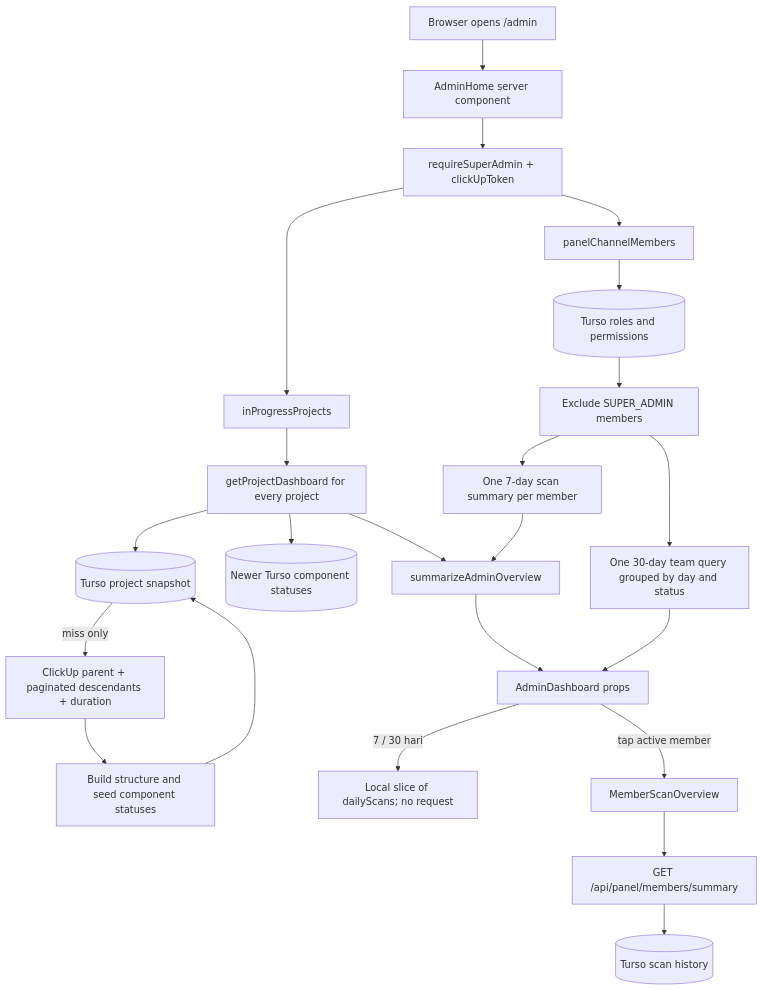
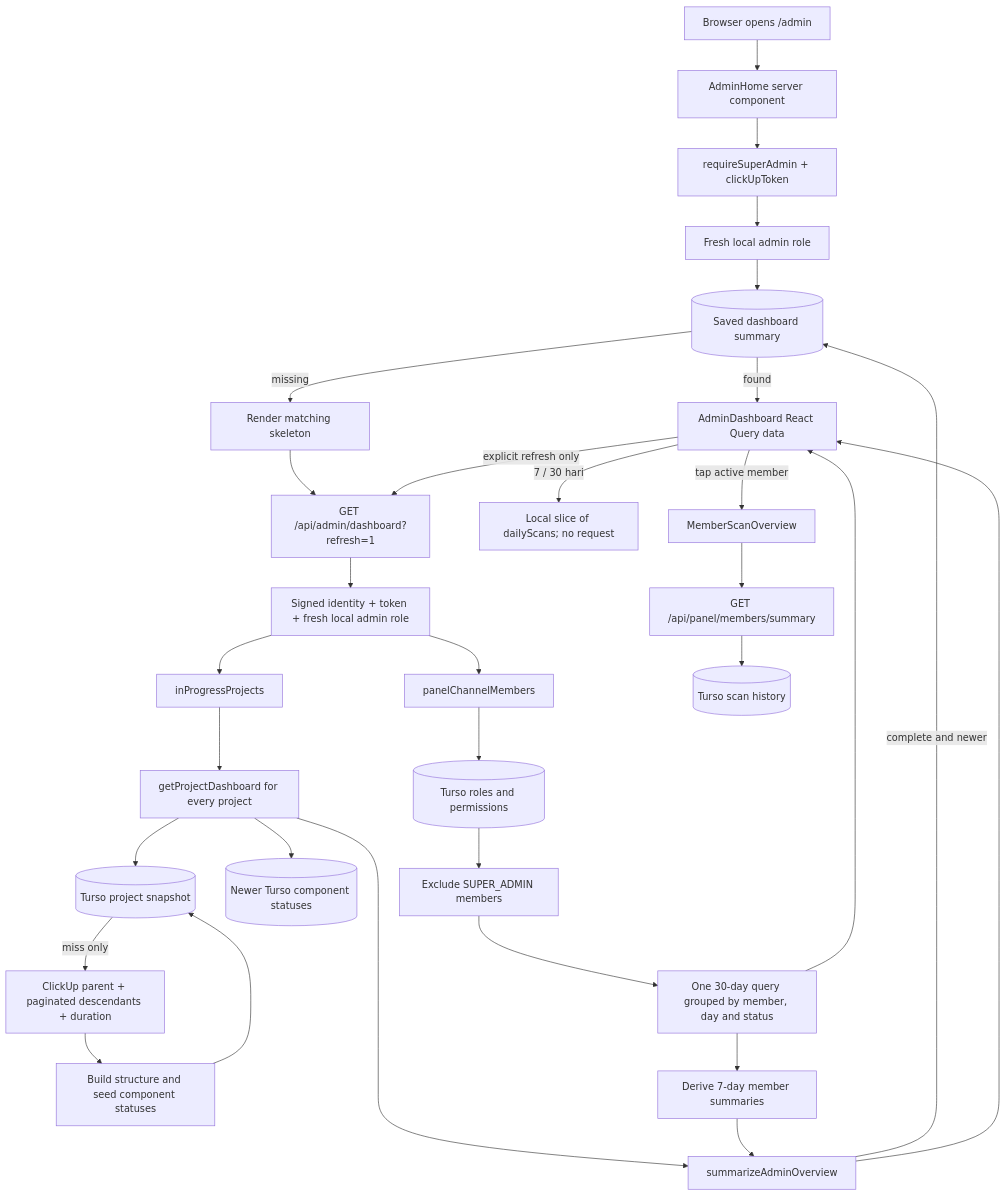
One commit to ITISEINKO/ayune-scanner changed the diagram in context/ADMIN_DASHBOARD_DATA_FLOW.md. Above: the diagram before and after it, drawn with Mermaid. The commit also changed other lines of this file and 17 other files, not shown here.

Commit message:
WEB-551-fix: optimize loading dashboard and overview endpoint calculation

````diff
--- a/context/ADMIN_DASHBOARD_DATA_FLOW.md
+++ b/context/ADMIN_DASHBOARD_DATA_FLOW.md
@@ -19,25 +19,33 @@
 ```mermaid
 flowchart TD
     Browser[Browser opens /admin] --> Home[AdminHome server component]
     Home --> Auth[requireSuperAdmin + clickUpToken]
-    Auth --> Projects[inProgressProjects]
-    Auth --> Roster[panelChannelMembers]
+    Auth --> LocalRole[Fresh local admin role]
+    LocalRole --> Last[(Saved dashboard summary)]
+    Last -->|found| UI
+    Last -->|missing| Shell[Render matching skeleton]
+    Shell --> Endpoint[GET /api/admin/dashboard?refresh=1]
+    UI -->|explicit refresh only| Endpoint
+    Endpoint --> Guard[Signed identity + token + fresh local admin role]
+    Guard --> Projects[inProgressProjects]
+    Guard --> Roster[panelChannelMembers]
     Projects --> Dashboards[getProjectDashboard for every project]
     Dashboards --> Snapshot[(Turso project snapshot)]
     Snapshot -->|miss only| ClickUp[ClickUp parent + paginated descendants + duration]
     ClickUp --> Seed[Build structure and seed component statuses]
     Seed --> Snapshot
     Dashboards --> Overlay[(Newer Turso component statuses)]
     Roster --> Access[(Turso roles and permissions)]
     Access --> Members[Exclude SUPER_ADMIN members]
-    Members --> Summaries[One 7-day scan summary per member]
-    Members --> Daily[One 30-day team query grouped by day and status]
+    Members --> Daily[One 30-day query grouped by member, day and status]
+    Daily --> Summaries[Derive 7-day member summaries]
     Dashboards --> Totals[summarizeAdminOverview]
     Summaries --> Totals
-    Totals --> UI[AdminDashboard props]
+    Totals -->|complete and newer| Last
+    Totals --> UI[AdminDashboard React Query data]
     Daily --> UI
     UI -->|7 / 30 hari| Slice[Local slice of dailyScans; no request]
     UI -->|tap active member| Drawer[MemberScanOverview]
     Drawer --> API[GET /api/panel/members/summary]
     API --> History[(Turso scan history)]
 ```
````
